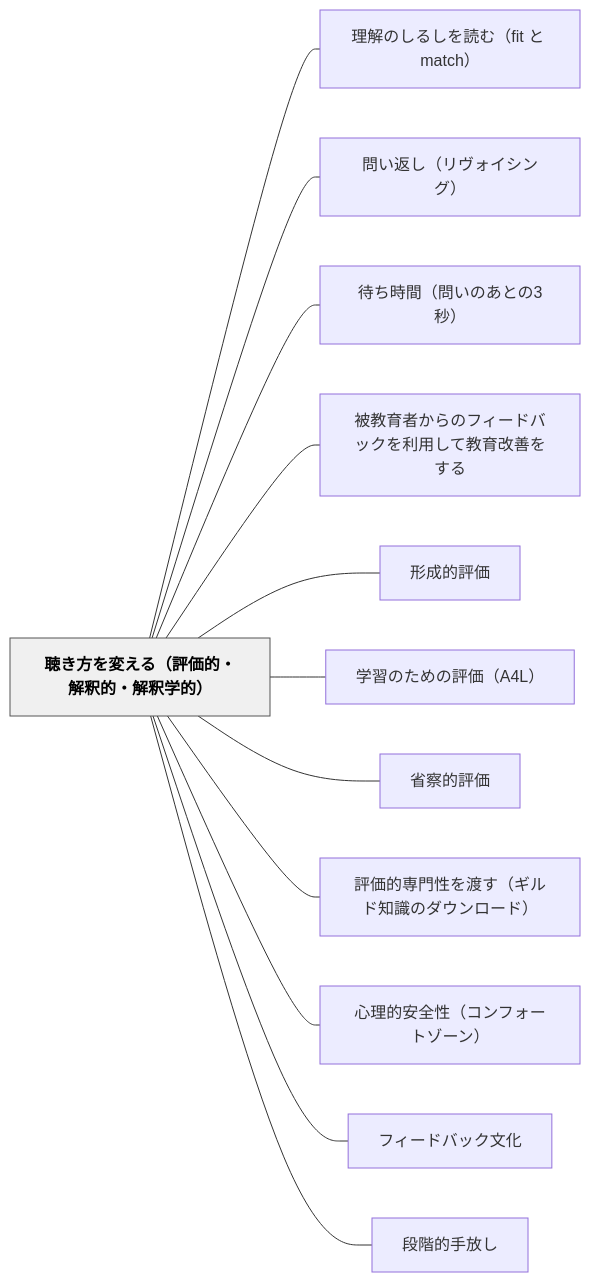
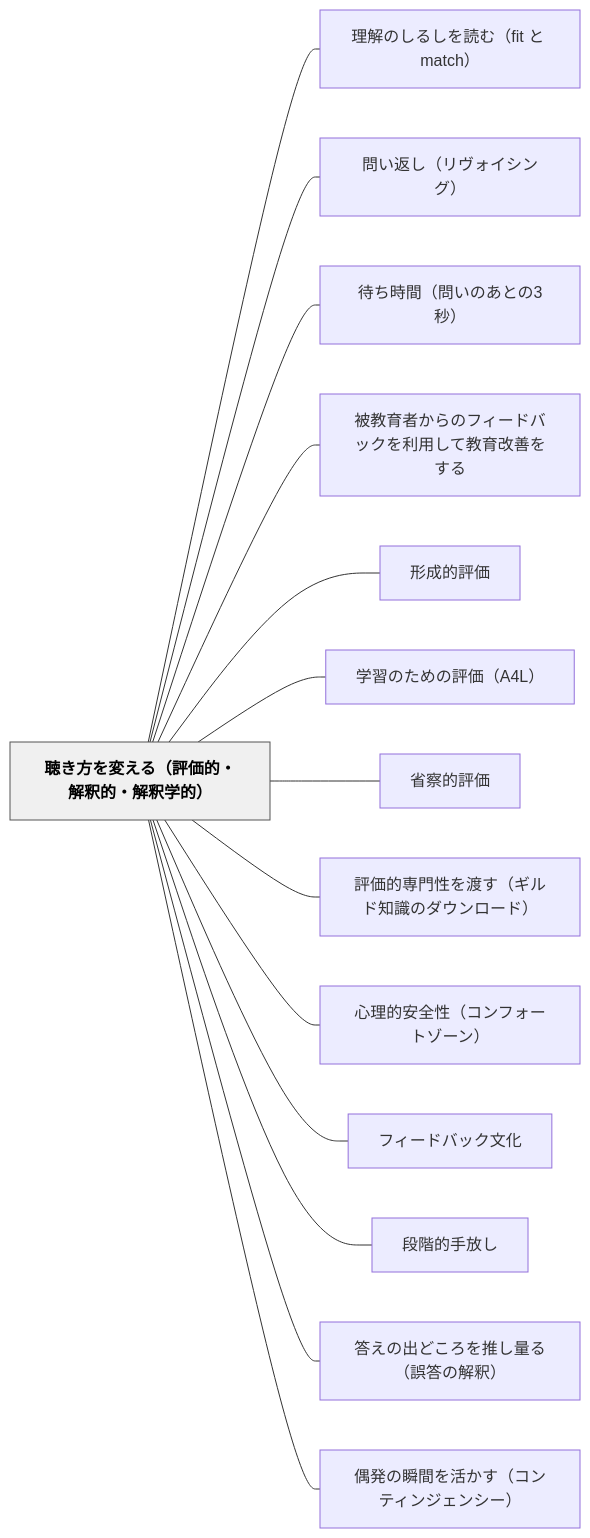
One commit to unknownthings-ed-patterns/unknownthings-ed-patterns changed the diagram in content/パタン/聴き方を変える（評価的・解釈的・解釈学的）.md. Above: the diagram before and after it, drawn with Mermaid. The commit also changed other lines of this file and 84 other files, not shown here.

````diff
--- a/content/パタン/聴き方を変える（評価的・解釈的・解釈学的）.md
+++ b/content/パタン/聴き方を変える（評価的・解釈的・解釈学的）.md
@@ -205,30 +209,34 @@
 ```mermaid
 flowchart LR
     ne881b4e3818de696b9e38292e5a489e38188e3828befbc88e8a995e4bea1e79a84e383bbe8a7a3e98788e79a84e383bbe8a7a3e98788e5ada6e79a84efbc89["聴き方を変える（評価的・解釈的・解釈学的）"]
     ne79086e8a7a3e381aee38197e3828be38197e38292e8aaade38280efbc8866697420e381a8206d61746368efbc89["理解のしるしを読む（fit と match）"]
     ne5958fe38184e8bf94e38197efbc88e383aae383b4e382a9e382a4e382b7e383b3e382b0efbc89["問い返し（リヴォイシング）"]
     ne5be85e381a1e69982e99693efbc88e5958fe38184e381aee38182e381a8e381ae33e7a792efbc89["待ち時間（問いのあとの3秒）"]
     ne8a2abe69599e882b2e88085e3818be38289e381aee38395e382a3e383bce38389e38390e38383e382afe38292e588a9e794a8e38197e381a6e69599e882b2e694b9e59684e38292e38199e3828b["被教育者からのフィードバックを利用して教育改善をする"]
     ne5bda2e68890e79a84e8a995e4bea1["形成的評価"]
     ne5ada6e7bf92e381aee3819fe38281e381aee8a995e4bea1efbc8841344cefbc89["学習のための評価（A4L）"]
     ne79c81e5af9fe79a84e8a995e4bea1["省察的評価"]
     ne8a995e4bea1e79a84e5b082e99680e680a7e38292e6b8a1e38199efbc88e382aee383abe38389e79fa5e8ad98e381aee38380e382a6e383b3e383ade383bce38389efbc89["評価的専門性を渡す（ギルド知識のダウンロード）"]
     ne5bf83e79086e79a84e5ae89e585a8e680a7efbc88e382b3e383b3e38395e382a9e383bce38388e382bee383bce383b3efbc89["心理的安全性（コンフォートゾーン）"]
     ne38395e382a3e383bce38389e38390e38383e382afe69687e58c96["フィードバック文化"]
     ne6aeb5e99a8ee79a84e6898be694bee38197["段階的手放し"]
+    ne7ad94e38188e381aee587bae381a9e38193e3828de38292e68ea8e38197e9878fe3828befbc88e8aaa4e7ad94e381aee8a7a3e98788efbc89["答えの出どころを推し量る（誤答の解釈）"]
+    ne581b6e799bae381aee79eace99693e38292e6b4bbe3818be38199efbc88e382b3e383b3e38386e382a3e383b3e382b8e382a7e383b3e382b7e383bcefbc89["偶発の瞬間を活かす（コンティンジェンシー）"]
 
     ne881b4e3818de696b9e38292e5a489e38188e3828befbc88e8a995e4bea1e79a84e383bbe8a7a3e98788e79a84e383bbe8a7a3e98788e5ada6e79a84efbc89 --- ne79086e8a7a3e381aee38197e3828be38197e38292e8aaade38280efbc8866697420e381a8206d61746368efbc89
     ne881b4e3818de696b9e38292e5a489e38188e3828befbc88e8a995e4bea1e79a84e383bbe8a7a3e98788e79a84e383bbe8a7a3e98788e5ada6e79a84efbc89 --- ne5958fe38184e8bf94e38197efbc88e383aae383b4e382a9e382a4e382b7e383b3e382b0efbc89
     ne881b4e3818de696b9e38292e5a489e38188e3828befbc88e8a995e4bea1e79a84e383bbe8a7a3e98788e79a84e383bbe8a7a3e98788e5ada6e79a84efbc89 --- ne5be85e381a1e69982e99693efbc88e5958fe38184e381aee38182e381a8e381ae33e7a792efbc89
     ne881b4e3818de696b9e38292e5a489e38188e3828befbc88e8a995e4bea1e79a84e383bbe8a7a3e98788e79a84e383bbe8a7a3e98788e5ada6e79a84efbc89 --- ne8a2abe69599e882b2e88085e3818be38289e381aee38395e382a3e383bce38389e38390e38383e382afe38292e588a9e794a8e38197e381a6e69599e882b2e694b9e59684e38292e38199e3828b
     ne881b4e3818de696b9e38292e5a489e38188e3828befbc88e8a995e4bea1e79a84e383bbe8a7a3e98788e79a84e383bbe8a7a3e98788e5ada6e79a84efbc89 --- ne5bda2e68890e79a84e8a995e4bea1
     ne881b4e3818de696b9e38292e5a489e38188e3828befbc88e8a995e4bea1e79a84e383bbe8a7a3e98788e79a84e383bbe8a7a3e98788e5ada6e79a84efbc89 --- ne5ada6e7bf92e381aee3819fe38281e381aee8a995e4bea1efbc8841344cefbc89
     ne881b4e3818de696b9e38292e5a489e38188e3828befbc88e8a995e4bea1e79a84e383bbe8a7a3e98788e79a84e383bbe8a7a3e98788e5ada6e79a84efbc89 --- ne79c81e5af9fe79a84e8a995e4bea1
     ne881b4e3818de696b9e38292e5a489e38188e3828befbc88e8a995e4bea1e79a84e383bbe8a7a3e98788e79a84e383bbe8a7a3e98788e5ada6e79a84efbc89 --- ne8a995e4bea1e79a84e5b082e99680e680a7e38292e6b8a1e38199efbc88e382aee383abe38389e79fa5e8ad98e381aee38380e382a6e383b3e383ade383bce38389efbc89
     ne881b4e3818de696b9e38292e5a489e38188e3828befbc88e8a995e4bea1e79a84e383bbe8a7a3e98788e79a84e383bbe8a7a3e98788e5ada6e79a84efbc89 --- ne5bf83e79086e79a84e5ae89e585a8e680a7efbc88e382b3e383b3e38395e382a9e383bce38388e382bee383bce383b3efbc89
     ne881b4e3818de696b9e38292e5a489e38188e3828befbc88e8a995e4bea1e79a84e383bbe8a7a3e98788e79a84e383bbe8a7a3e98788e5ada6e79a84efbc89 --- ne38395e382a3e383bce38389e38390e38383e382afe69687e58c96
     ne881b4e3818de696b9e38292e5a489e38188e3828befbc88e8a995e4bea1e79a84e383bbe8a7a3e98788e79a84e383bbe8a7a3e98788e5ada6e79a84efbc89 --- ne6aeb5e99a8ee79a84e6898be694bee38197
+    ne881b4e3818de696b9e38292e5a489e38188e3828befbc88e8a995e4bea1e79a84e383bbe8a7a3e98788e79a84e383bbe8a7a3e98788e5ada6e79a84efbc89 --- ne7ad94e38188e381aee587bae381a9e38193e3828de38292e68ea8e38197e9878fe3828befbc88e8aaa4e7ad94e381aee8a7a3e98788efbc89
+    ne881b4e3818de696b9e38292e5a489e38188e3828befbc88e8a995e4bea1e79a84e383bbe8a7a3e98788e79a84e383bbe8a7a3e98788e5ada6e79a84efbc89 --- ne581b6e799bae381aee79eace99693e38292e6b4bbe3818be38199efbc88e382b3e383b3e38386e382a3e383b3e382b8e382a7e383b3e382b7e383bcefbc89
 
     classDef hub fill:#f0f0f0,stroke:#555,color:#000,font-weight:bold
     class ne881b4e3818de696b9e38292e5a489e38188e3828befbc88e8a995e4bea1e79a84e383bbe8a7a3e98788e79a84e383bbe8a7a3e98788e5ada6e79a84efbc89 hub
 ```
````
